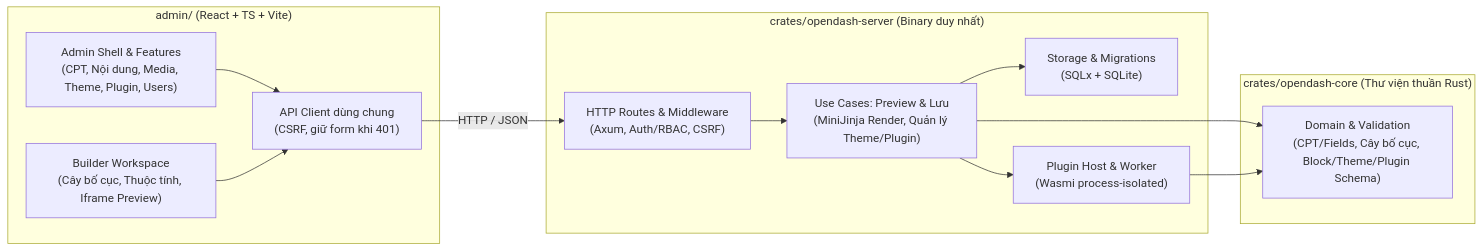
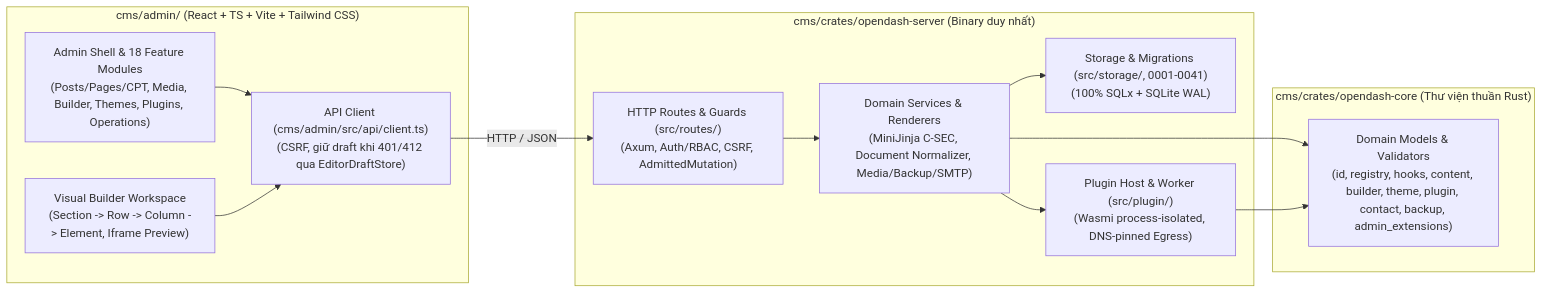
Before and after one commit to thientran2359/opendash-cms: the diagram in docs/architecture/CMS_ARCHITECTURE.md, drawn with Mermaid. The commit also changed other lines of this file and 305 other files, not shown here.

````diff
--- a/docs/architecture/CMS_ARCHITECTURE.md
+++ b/docs/architecture/CMS_ARCHITECTURE.md
@@ -16,28 +14,28 @@
 ```mermaid
 flowchart LR
-    subgraph Admin["admin/ (React + TS + Vite)"]
-        Shell["Admin Shell & Features\n(CPT, Nội dung, Media, Theme, Plugin, Users)"]
-        Builder["Builder Workspace\n(Cây bố cục, Thuộc tính, Iframe Preview)"]
-        ApiClient["API Client dùng chung\n(CSRF, giữ form khi 401)"]
+    subgraph Admin["cms/admin/ (React + TS + Vite + Tailwind CSS)"]
+        Shell["Admin Shell & 18 Feature Modules\n(Posts/Pages/CPT, Media, Builder, Themes, Plugins, Operations)"]
+        Builder["Visual Builder Workspace\n(Section -> Row -> Column -> Element, Iframe Preview)"]
+        ApiClient["API Client (cms/admin/src/api/client.ts)\n(CSRF, giữ draft khi 401/412 qua EditorDraftStore)"]
         Shell --> ApiClient
         Builder --> ApiClient
     end
 
-    subgraph Server["crates/opendash-server (Binary duy nhất)"]
-        Routes["HTTP Routes & Middleware\n(Axum, Auth/RBAC, CSRF)"]
-        UseCases["Use Cases: Preview & Lưu\n(MiniJinja Render, Quản lý Theme/Plugin)"]
-        Storage["Storage & Migrations\n(SQLx + SQLite)"]
-        PluginHost["Plugin Host & Worker\n(Wasmi process-isolated)"]
+    subgraph Server["cms/crates/opendash-server (Binary duy nhất)"]
+        Routes["HTTP Routes & Guards (src/routes/)\n(Axum, Auth/RBAC, CSRF, AdmittedMutation)"]
+        UseCases["Domain Services & Renderers\n(MiniJinja C-SEC, Document Normalizer, Media/Backup/SMTP)"]
+        Storage["Storage & Migrations (src/storage/, 0001-0041)\n(100% SQLx + SQLite WAL)"]
+        PluginHost["Plugin Host & Worker (src/plugin/)\n(Wasmi process-isolated, DNS-pinned Egress)"]
         Routes --> UseCases
         UseCases --> Storage
         UseCases --> PluginHost
     end
 
-    subgraph Core["crates/opendash-core (Thư viện thuần Rust)"]
-        Domain["Domain & Validation\n(CPT/Fields, Cây bố cục, Block/Theme/Plugin Schema)"]
+    subgraph Core["cms/crates/opendash-core (Thư viện thuần Rust)"]
+        Domain["Domain Models & Validators\n(id, registry, hooks, content, builder, theme, plugin, contact, backup, admin_extensions)"]
     end
 
     ApiClient -->|HTTP / JSON| Routes
     UseCases --> Domain
     PluginHost --> Domain
 ```
````
